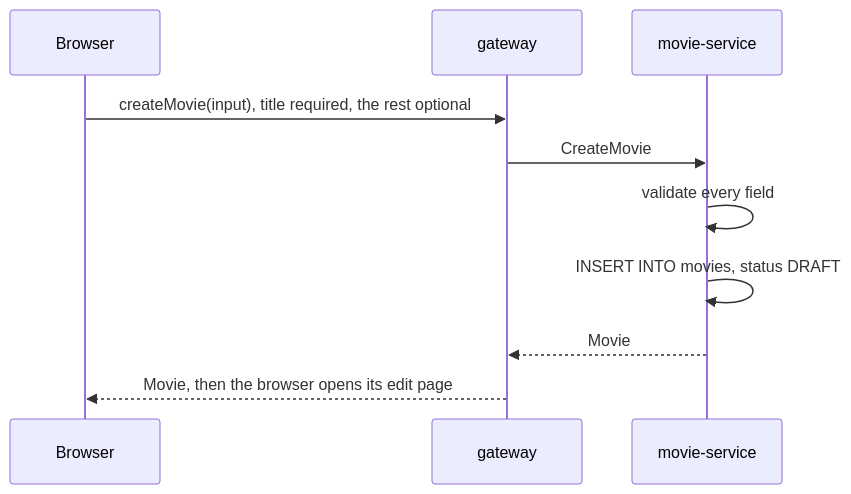
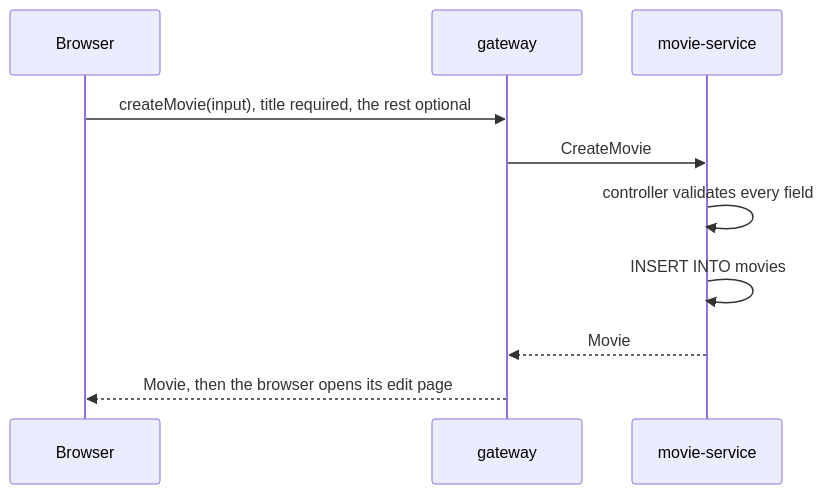
One commit to dancepop/svelte-kotlin-try changed the second of 6 diagrams in docs/backend-design.md. Above: the diagram before and after it, drawn with Mermaid. The commit also changed other lines of this file and 67 other files, not shown here.

````diff
--- a/docs/backend-design.md
+++ b/docs/backend-design.md
@@ -136,12 +121,12 @@
 ```mermaid
 sequenceDiagram
   participant B as Browser
   participant G as gateway
   participant V as movie-service
   B->>G: createMovie(input), title required, the rest optional
   G->>V: CreateMovie
-  V->>V: validate every field
-  V->>V: INSERT INTO movies, status DRAFT
+  V->>V: controller validates every field
+  V->>V: INSERT INTO movies
   V-->>G: Movie
   G-->>B: Movie, then the browser opens its edit page
 ```
````
